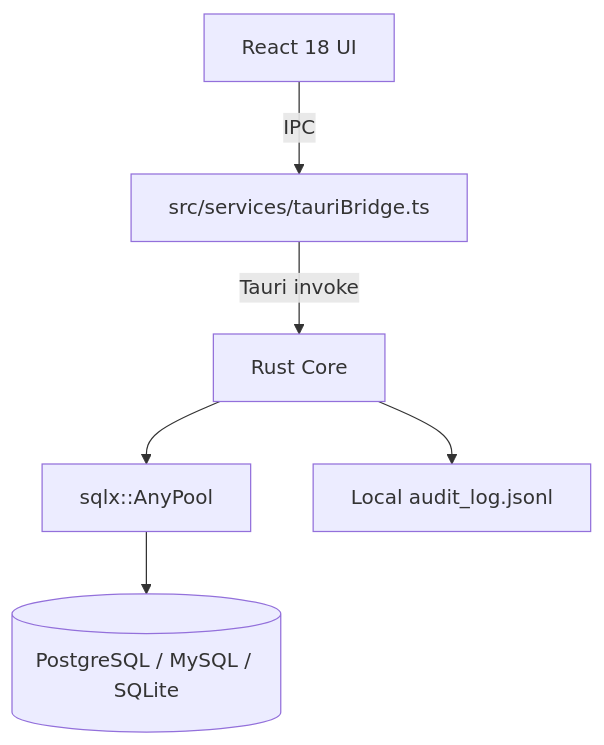
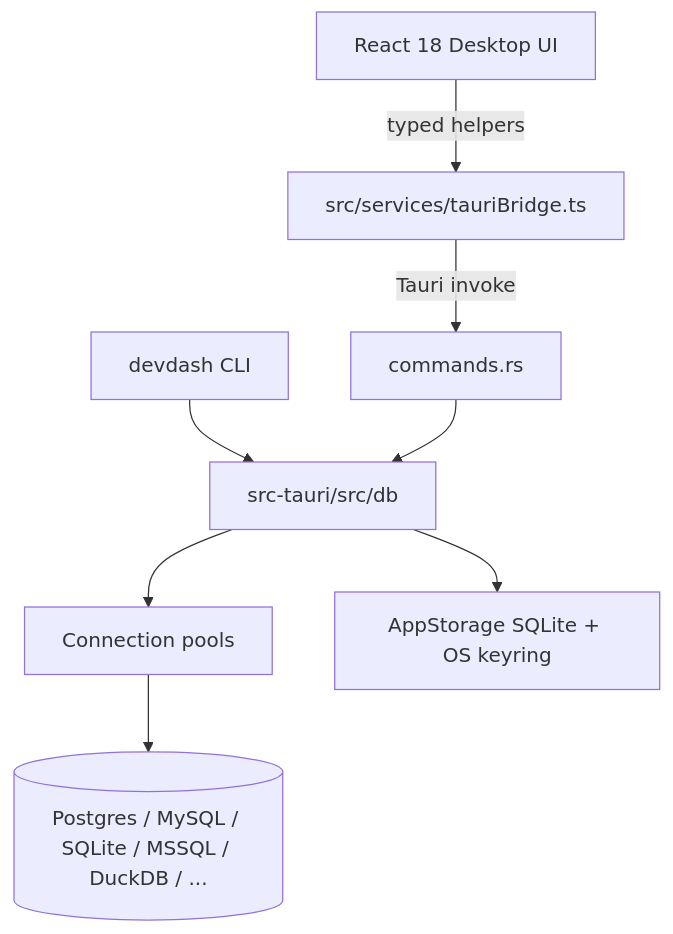
One commit to GUNPARK-GOOKIM/DevDash changed the diagram in README.md. Above: the diagram before and after it, drawn with Mermaid. The commit also changed other lines of this file, not shown here.

````diff
--- a/README.md
+++ b/README.md
@@ -109,8 +147,10 @@
 ```mermaid
 flowchart TD
-    UI[React 18 UI] -->|IPC| Bridge[src/services/tauriBridge.ts]
-    Bridge -->|Tauri invoke| Rust[Rust Core]
-    Rust --> Pool[sqlx::AnyPool]
-    Pool --> SQL[(PostgreSQL / MySQL / SQLite)]
-    Rust --> Audit[Local audit_log.jsonl]
+    UI[React 18 Desktop UI] -->|typed helpers| Bridge[src/services/tauriBridge.ts]
+    Bridge -->|Tauri invoke| Cmd[commands.rs]
+    CLI[devdash CLI] --> Core[src-tauri/src/db]
+    Cmd --> Core
+    Core --> Pool[Connection pools]
+    Pool --> SQL[(Postgres / MySQL / SQLite / MSSQL / DuckDB / ...)]
+    Core --> Store[AppStorage SQLite + OS keyring]
 ```
````
